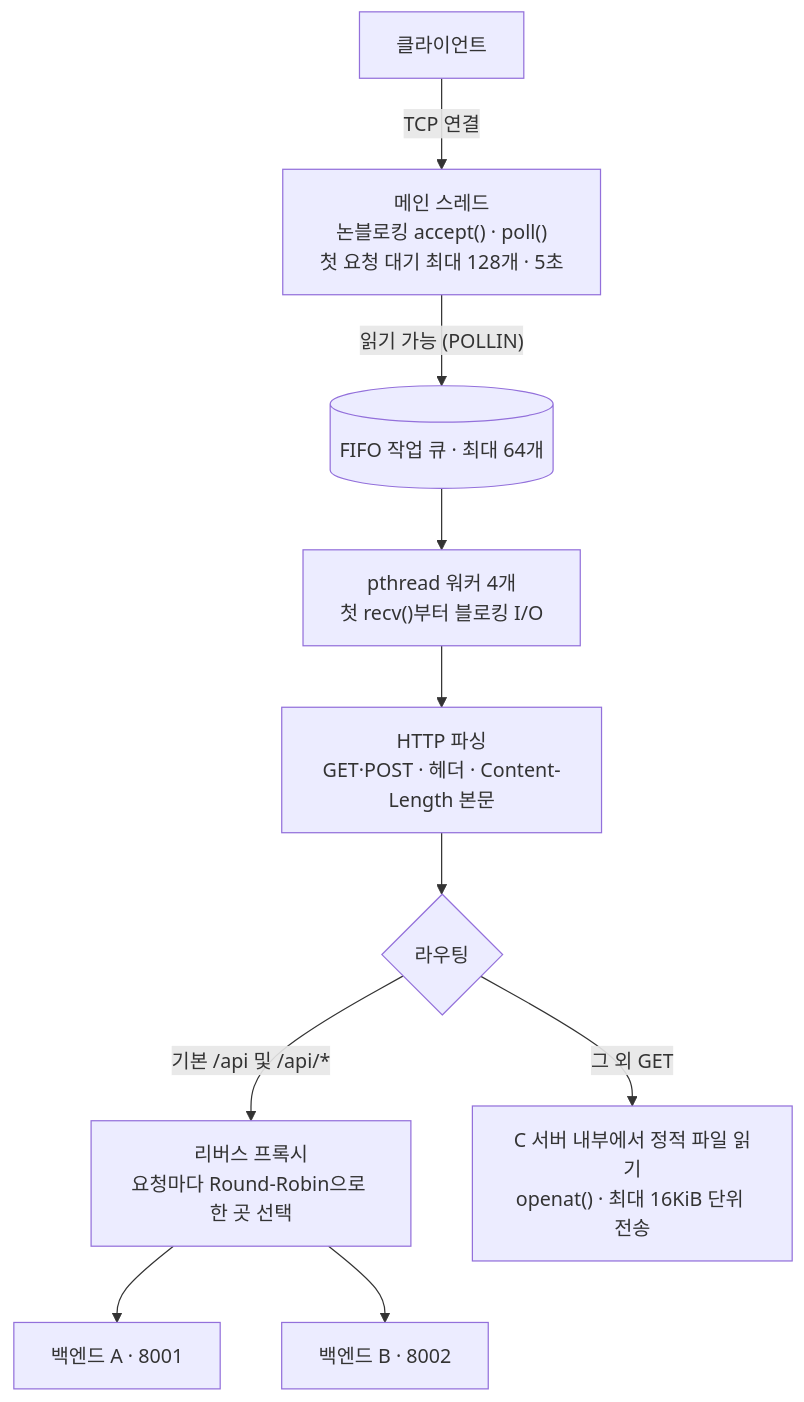
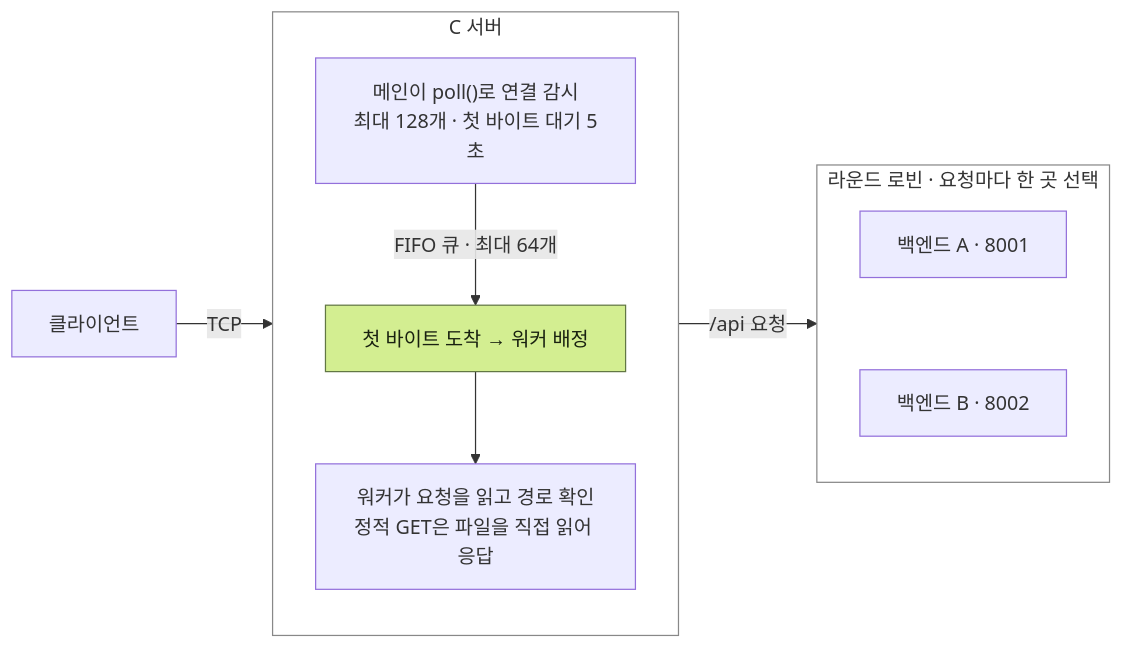
One commit to jungleheldeneye/week13 changed the diagram in webserver/README.md. Above: the diagram before and after it, drawn with Mermaid.

Commit message:
docs: simplify README server flowchart

````diff
--- a/webserver/README.md
+++ b/webserver/README.md
@@ -9,12 +9,27 @@
 ```mermaid
-flowchart TD
-    C["클라이언트"] -->|"TCP 연결"| M["메인 스레드<br/>논블로킹 accept() · poll()<br/>첫 요청 대기 최대 128개 · 5초"]
-    M -->|"읽기 가능 (POLLIN)"| Q[("FIFO 작업 큐 · 최대 64개")]
-    Q --> W["pthread 워커 4개<br/>첫 recv()부터 블로킹 I/O"]
-    W --> P["HTTP 파싱<br/>GET·POST · 헤더 · Content-Length 본문"]
-    P --> R{"라우팅"}
-    R -->|"기본 /api 및 /api/*"| X["리버스 프록시<br/>요청마다 Round-Robin으로 한 곳 선택"]
-    R -->|"그 외 GET"| S["C 서버 내부에서 정적 파일 읽기<br/>openat() · 최대 16KiB 단위 전송"]
-    X --> A["백엔드 A · 8001"]
-    X --> B["백엔드 B · 8002"]
+flowchart LR
+    C["클라이언트"] -->|"TCP"| S
+
+    subgraph S["C 서버"]
+        direction TB
+        M["메인이 poll()로 연결 감시<br/>최대 128개 · 첫 바이트 대기 5초"]
+        W["첫 바이트 도착 → 워커 배정"]
+        R["워커가 요청을 읽고 경로 확인<br/>정적 GET은 파일을 직접 읽어 응답"]
+        M -->|"FIFO 큐 · 최대 64개"| W
+        W --> R
+    end
+
+    S -->|"/api 요청"| B
+
+    subgraph B["라운드 로빈 · 요청마다 한 곳 선택"]
+        direction TB
+        A["백엔드 A · 8001"]
+        B2["백엔드 B · 8002"]
+        A ~~~ B2
+    end
+
+    classDef focus fill:#d3ee91,stroke:#627744,color:#192110
+    class W focus
+    style S fill:transparent,stroke:#888
+    style B fill:transparent,stroke:#888
 ```
````
